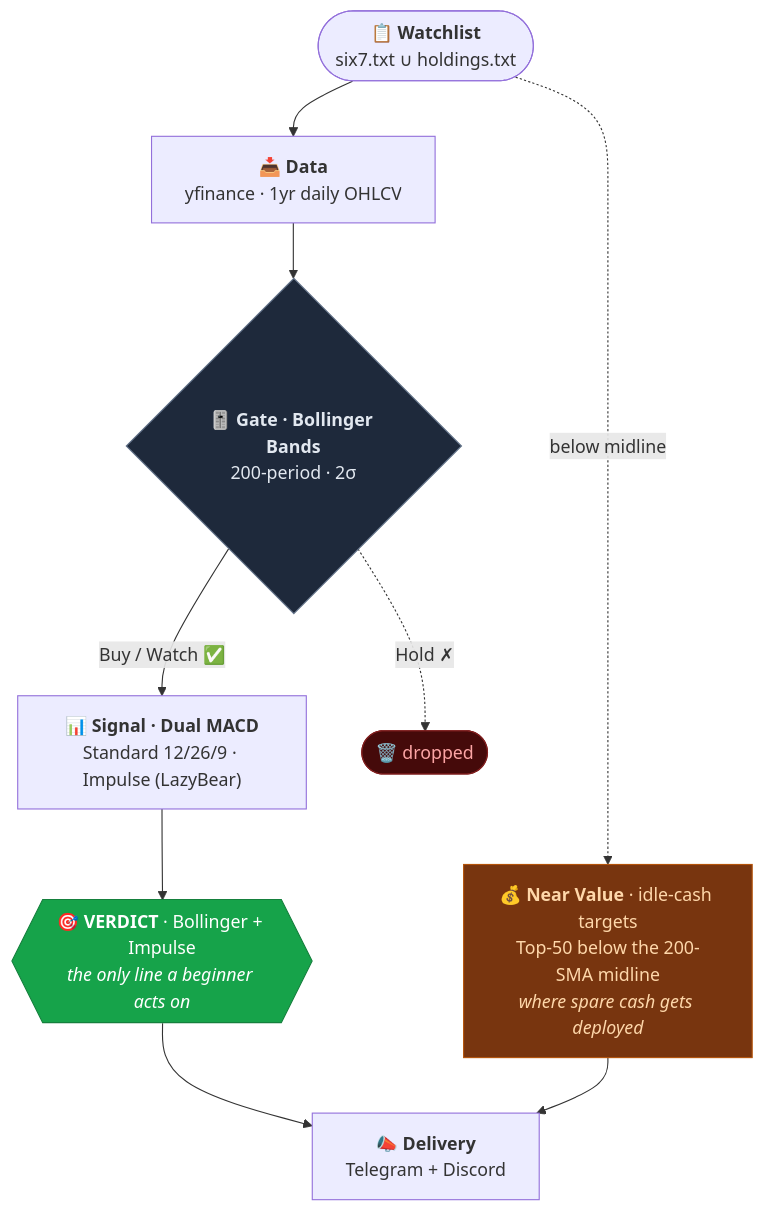
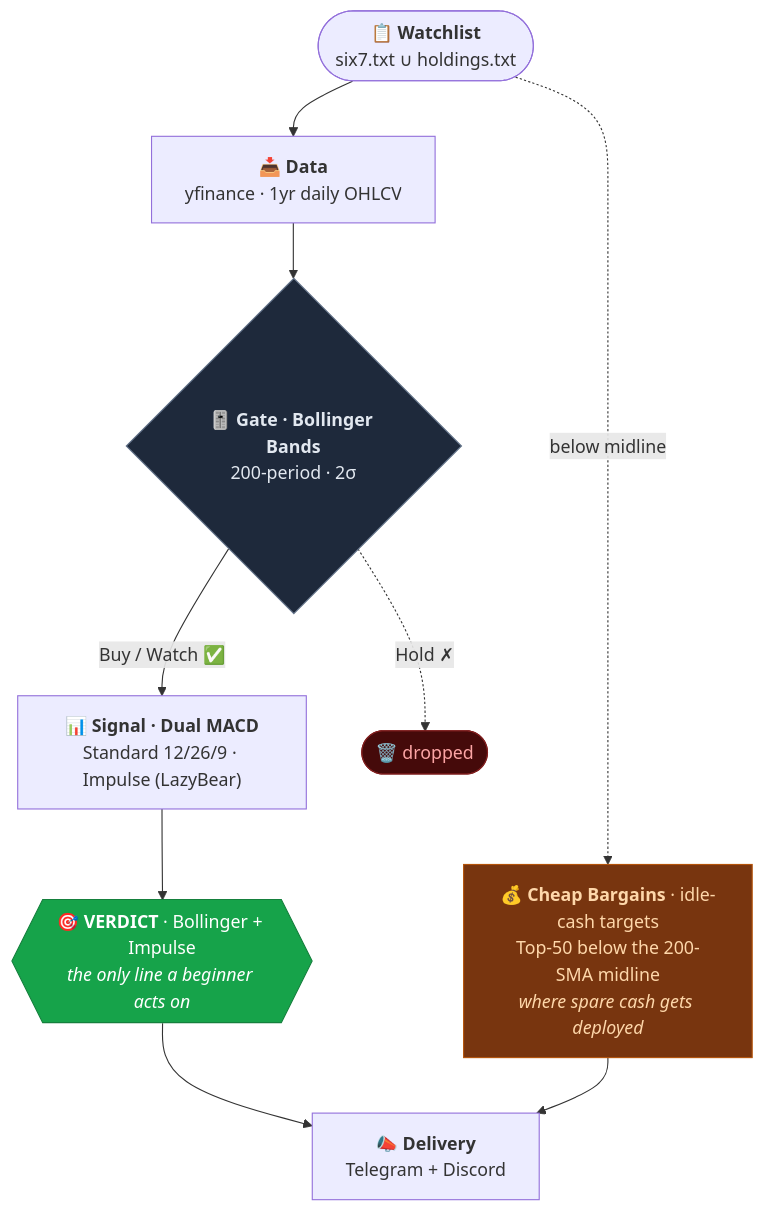
The diagram in README.md (0xCaretaker/Dip-Mafia), drawn with Mermaid before and after one commit. The commit also changed other lines of this file and 3 other files, not shown here.

First line of the commit message:
feat(bot): rename Near Value → Cheap Bargains; bold heading mentions; bargain prompt

````diff
--- a/README.md
+++ b/README.md
@@ -19,27 +19,27 @@
 ```mermaid
 flowchart TD
     A(["📋 <b>Watchlist</b><br/>six7.txt ∪ holdings.txt"])
     B["📥 <b>Data</b><br/>yfinance · 1yr daily OHLCV"]
     C{"🎚️ <b>Gate · Bollinger Bands</b><br/>200-period · 2σ"}
     D["📊 <b>Signal · Dual MACD</b><br/>Standard 12/26/9 · Impulse (LazyBear)"]
     V{{"🎯 <b>VERDICT</b> · Bollinger + Impulse<br/><i>the only line a beginner acts on</i>"}}
-    N["💰 <b>Near Value</b> · idle-cash targets<br/>Top-50 below the 200-SMA midline<br/><i>where spare cash gets deployed</i>"]
+    N["💰 <b>Cheap Bargains</b> · idle-cash targets<br/>Top-50 below the 200-SMA midline<br/><i>where spare cash gets deployed</i>"]
     T["📣 <b>Delivery</b><br/>Telegram + Discord"]
     X(["🗑️ dropped"])
 
     A --> B --> C
     A -.->|"below midline"| N
     C -->|"Buy / Watch ✅"| D
     C -.->|"Hold ✗"| X
     D --> V --> T
     N --> T
 
     classDef gate fill:#1e293b,stroke:#64748b,color:#e2e8f0;
     classDef verdict fill:#16a34a,stroke:#15803d,color:#ffffff;
     classDef cash fill:#78350f,stroke:#b45309,color:#fed7aa;
     classDef drop fill:#450a0a,stroke:#7f1d1d,color:#fca5a5;
     class C gate;
     class V verdict;
     class N cash;
     class X drop;
 ```
````
